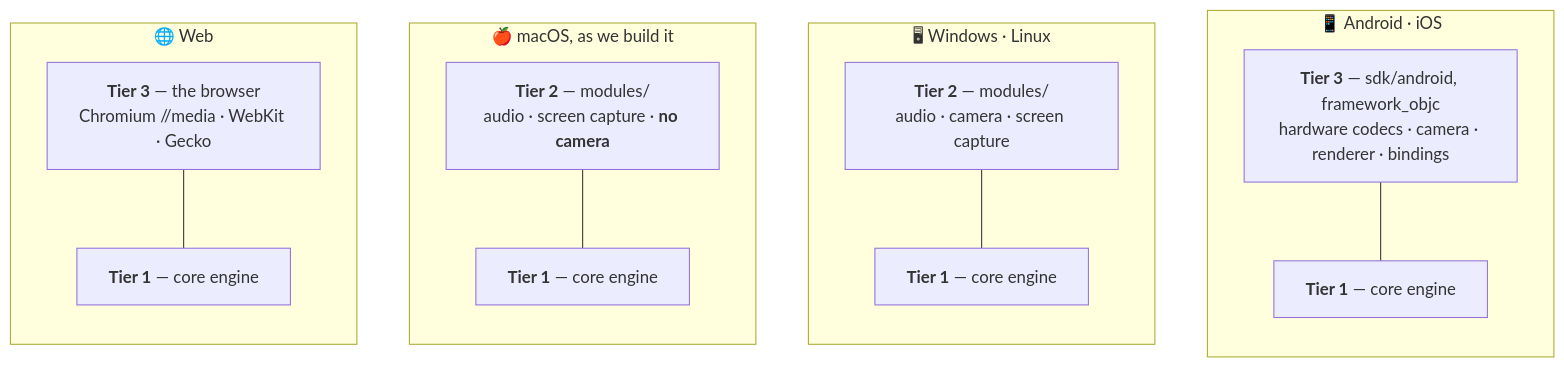
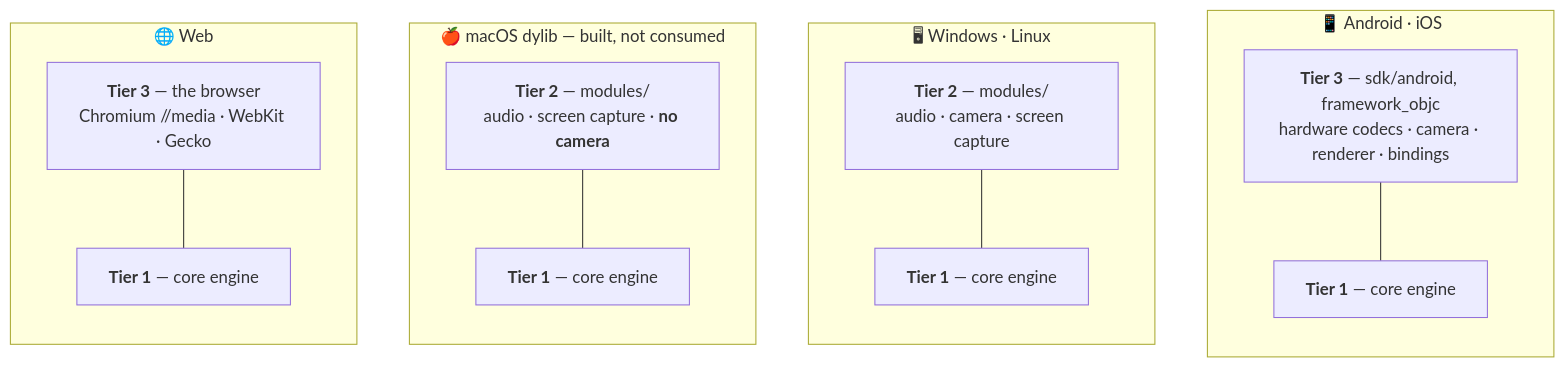
One commit to melihercan/WebRTCnative changed the diagram in wiki/Platform-layers.md. Above: the diagram before and after it, drawn with Mermaid. The commit also changed other lines of this file and 4 other files, not shown here.

First line of the commit message:
Correct the macOS framing: built, but not consumed

````diff
--- a/wiki/Platform-layers.md
+++ b/wiki/Platform-layers.md
@@ -34,27 +34,27 @@
 ```mermaid
 flowchart TB
     subgraph MOBILE["📱 Android · iOS"]
         direction TB
         M3["<b>Tier 3</b> — sdk/android, framework_objc<br/>hardware codecs · camera · renderer · bindings"]
         M1["<b>Tier 1</b> — core engine"]
         M3 --- M1
     end
     subgraph DESK["🖥 Windows · Linux"]
         direction TB
         D2["<b>Tier 2</b> — modules/<br/>audio · camera · screen capture"]
         D1["<b>Tier 1</b> — core engine"]
         D2 --- D1
     end
-    subgraph MAC["🍎 macOS, as we build it"]
+    subgraph MAC["🍎 macOS dylib — built, not consumed"]
         direction TB
         C2["<b>Tier 2</b> — modules/<br/>audio · screen capture · <b>no camera</b>"]
         C1["<b>Tier 1</b> — core engine"]
         C2 --- C1
     end
     subgraph WEB["🌐 Web"]
         direction TB
         W3["<b>Tier 3</b> — the browser<br/>Chromium //media · WebKit · Gecko"]
         W1["<b>Tier 1</b> — core engine"]
         W3 --- W1
     end
 ```
````
